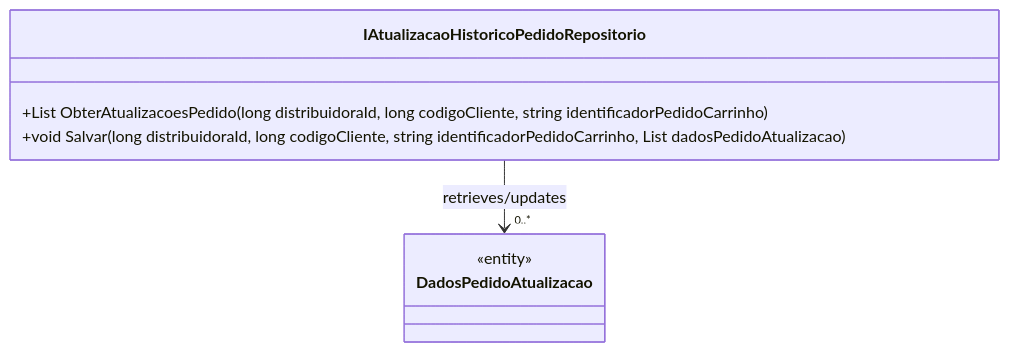
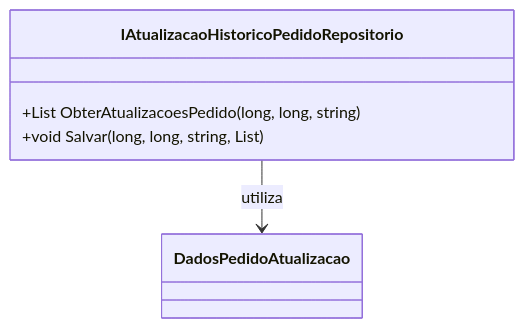
Before and after one commit to IsthmusSistemas/documentacao-tecnica: the diagram in docs/b2b-dominio/IsthmusWinthor.Nucleo/IsthmusWinthor.Dominio/Interfaces/IAtualizacaoHistoricoPedidoRepositorio.md, drawn with Mermaid. The commit also changed other lines of this file and 882 other files, not shown here.

````diff
--- a/docs/b2b-dominio/IsthmusWinthor.Nucleo/IsthmusWinthor.Dominio/Interfaces/IAtualizacaoHistoricoPedidoRepositorio.md
+++ b/docs/b2b-dominio/IsthmusWinthor.Nucleo/IsthmusWinthor.Dominio/Interfaces/IAtualizacaoHistoricoPedidoRepositorio.md
@@ -37,13 +37,10 @@
 ```mermaid
 classDiagram
     class IAtualizacaoHistoricoPedidoRepositorio {
-        +List<DadosPedidoAtualizacao> ObterAtualizacoesPedido(long distribuidoraId, long codigoCliente, string identificadorPedidoCarrinho)
-        +void Salvar(long distribuidoraId, long codigoCliente, string identificadorPedidoCarrinho, List<DadosPedidoAtualizacao> dadosPedidoAtualizacao)
+        +List<DadosPedidoAtualizacao> ObterAtualizacoesPedido(long, long, string)
+        +void Salvar(long, long, string, List<DadosPedidoAtualizacao>)
     }
-    
-    class DadosPedidoAtualizacao {
-        <<entity>>
-    }
-    
-    IAtualizacaoHistoricoPedidoRepositorio --> "0..*" DadosPedidoAtualizacao : retrieves/updates
-```
+    class DadosPedidoAtualizacao {}
+
+    IAtualizacaoHistoricoPedidoRepositorio --> DadosPedidoAtualizacao : utiliza
+``` 
````
